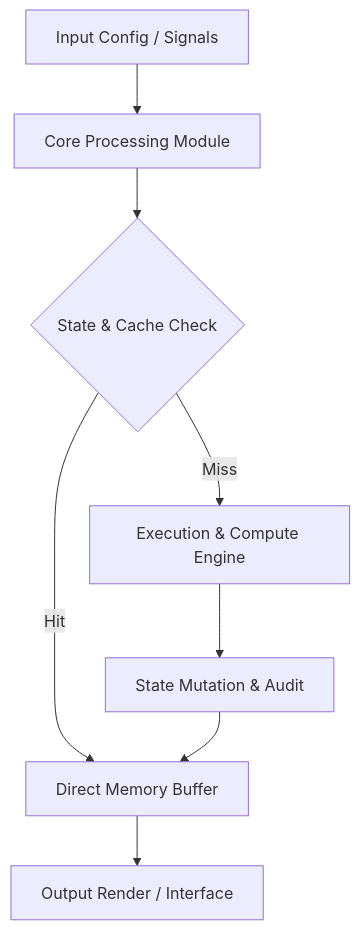
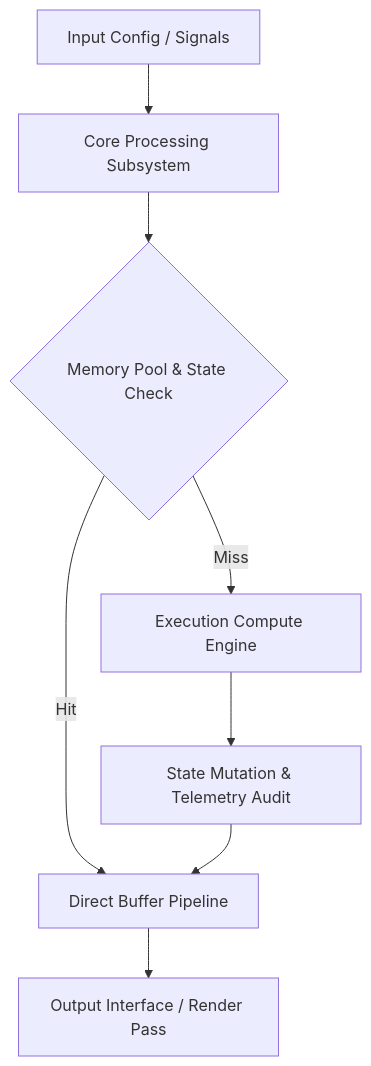
The diagram in README.md (Jirnyak/oommf), drawn with Mermaid before and after one commit. The commit also changed other lines of this file, not shown here.

````diff
--- a/README.md
+++ b/README.md
@@ -28,10 +27,10 @@
 ```mermaid
 graph TD
-    A[Input Config / Signals] --> B[Core Processing Module]
-    B --> C{State & Cache Check}
-    C -- Hit --> D[Direct Memory Buffer]
-    C -- Miss --> E[Execution & Compute Engine]
-    E --> F[State Mutation & Audit]
+    A[Input Config / Signals] --> B[Core Processing Subsystem]
+    B --> C{Memory Pool & State Check}
+    C -- Hit --> D[Direct Buffer Pipeline]
+    C -- Miss --> E[Execution Compute Engine]
+    E --> F[State Mutation & Telemetry Audit]
     F --> D
-    D --> G[Output Render / Interface]
+    D --> G[Output Interface / Render Pass]
 ```
````
